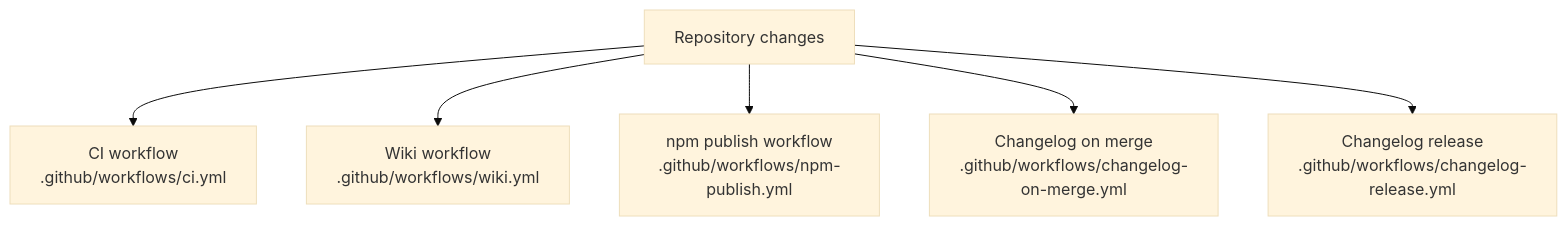
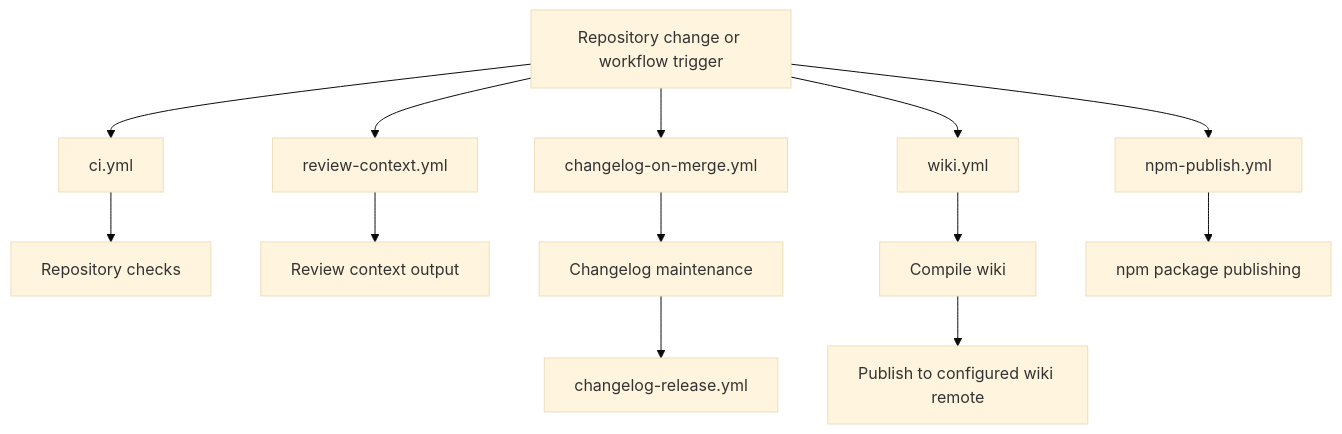
Before and after one commit to mfittko/repo-wiki: the fourth of 4 diagrams in Architecture.md, drawn with Mermaid (base theme). The commit also changed other lines of this file and 49 other files, not shown here.

Commit message:
Compile repository wiki 2026-06-14T00:53:50.105Z

````diff
--- a/Architecture.md
+++ b/Architecture.md
@@ -277,15 +239,20 @@
 ```mermaid
-flowchart TB
-    Repo["Repository changes"]
-    CI["CI workflow<br/>.github/workflows/ci.yml"]
-    Wiki["Wiki workflow<br/>.github/workflows/wiki.yml"]
-    Npm["npm publish workflow<br/>.github/workflows/npm-publish.yml"]
-    ChangelogMerge["Changelog on merge<br/>.github/workflows/changelog-on-merge.yml"]
-    ChangelogRelease["Changelog release<br/>.github/workflows/changelog-release.yml"]
+flowchart TD
+  Change[Repository change or workflow trigger] --> CI[ci.yml]
+  Change --> ReviewContext[review-context.yml]
+  Change --> ChangelogMerge[changelog-on-merge.yml]
+  Change --> Wiki[wiki.yml]
 
-    Repo --> CI
-    Repo --> Wiki
-    Repo --> Npm
-    Repo --> ChangelogMerge
-    Repo --> ChangelogRelease
+  CI --> Checks[Repository checks]
+
+  ReviewContext --> ReviewArtifact[Review context output]
+
+  ChangelogMerge --> ChangelogUpdate[Changelog maintenance]
+  ChangelogUpdate --> ChangelogRelease[changelog-release.yml]
+
+  Wiki --> CompileWiki[Compile wiki]
+  CompileWiki --> PublishWiki[Publish to configured wiki remote]
+
+  Change --> NpmPublish[npm-publish.yml]
+  NpmPublish --> NpmRegistry[npm package publishing]
 ```
````
